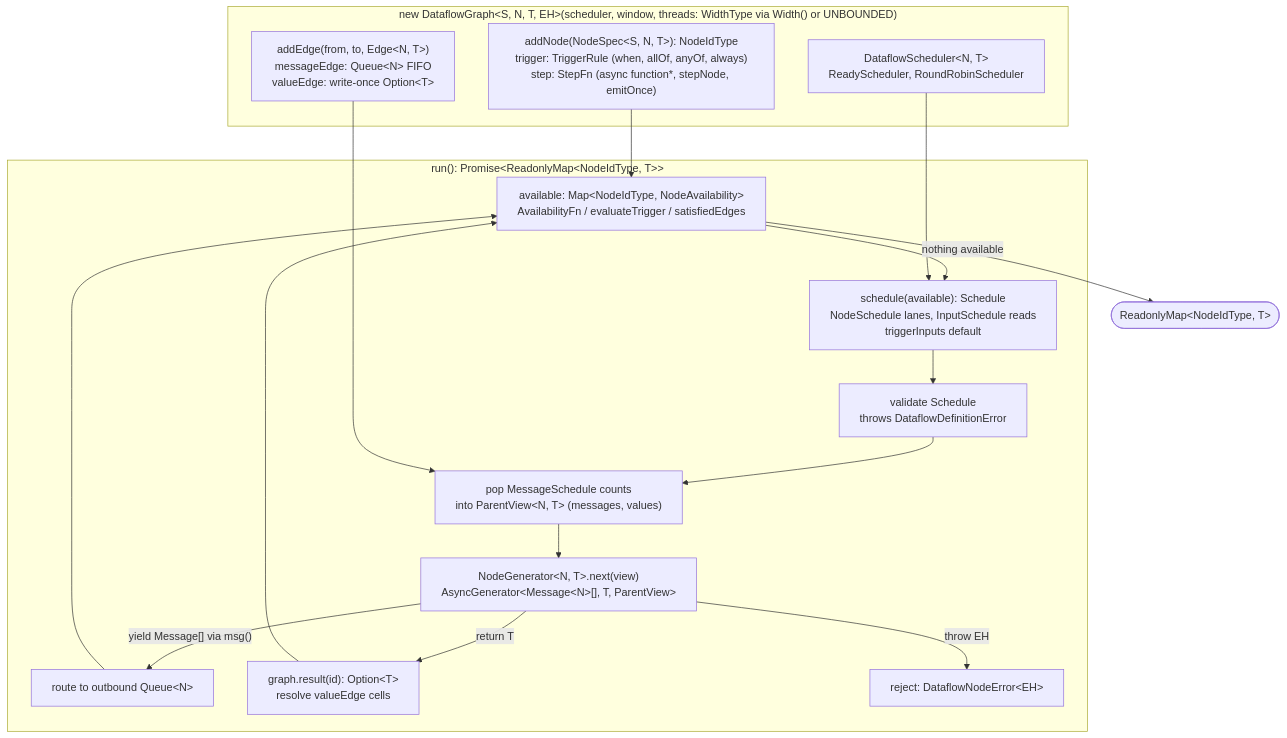
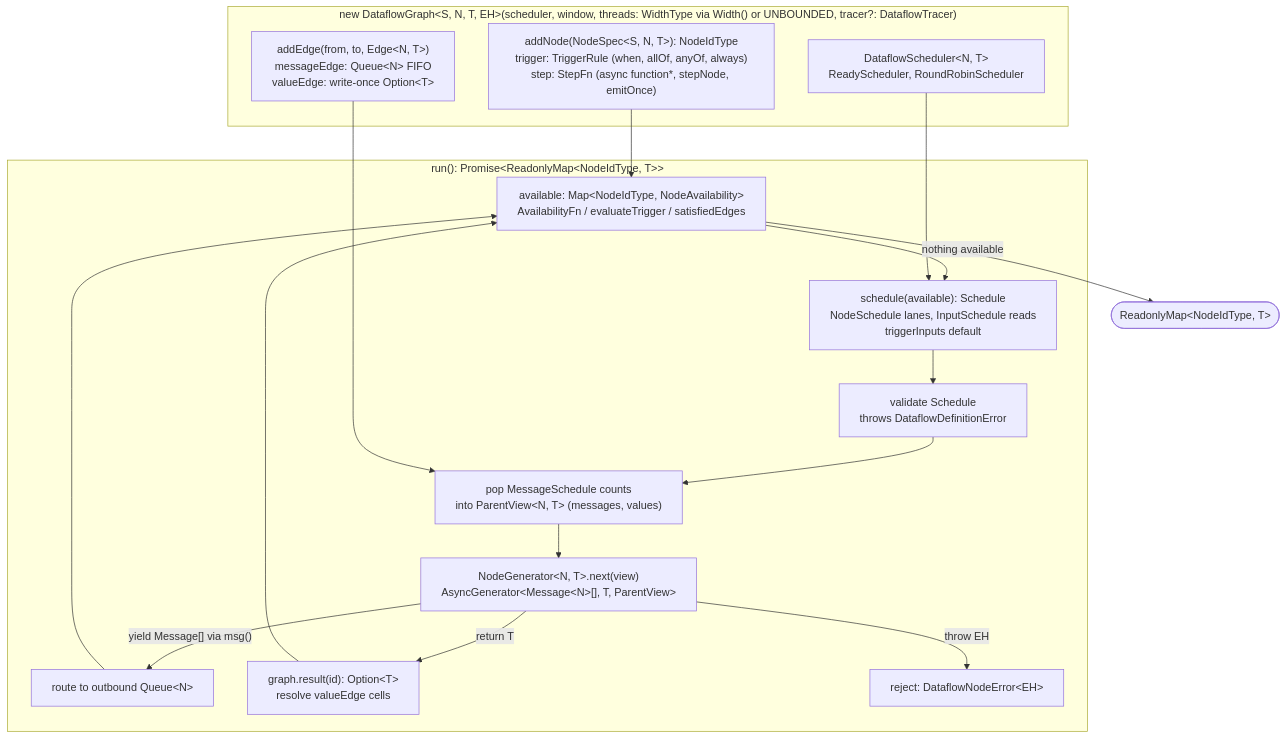
One commit to microsoft/junco changed the diagram in README.md. Above: the diagram before and after it, drawn with Mermaid. The commit also changed other lines of this file and 32 other files, not shown here.

First line of the commit message:
Add optional DataflowTracer with Opik-traced examples

````diff
--- a/README.md
+++ b/README.md
@@ -9,24 +9,24 @@
 ```mermaid
 %%{init: {"flowchart": {"wrappingWidth": 360}}}%%
 flowchart TB
-  subgraph Definition["new DataflowGraph#lt;S, N, T, EH#gt;(scheduler, window, threads: WidthType via Width() or UNBOUNDED)"]
+  subgraph Definition["new DataflowGraph#lt;S, N, T, EH#gt;(scheduler, window, threads: WidthType via Width() or UNBOUNDED, tracer?: DataflowTracer)"]
     N["addNode(NodeSpec#lt;S, N, T#gt;): NodeIdType<br/>trigger: TriggerRule (when, allOf, anyOf, always)<br/>step: StepFn (async function*, stepNode, emitOnce)"]
     E["addEdge(from, to, Edge#lt;N, T#gt;)<br/>messageEdge: Queue#lt;N#gt; FIFO<br/>valueEdge: write-once Option#lt;T#gt;"]
     S["DataflowScheduler#lt;N, T#gt;<br/>ReadyScheduler, RoundRobinScheduler"]
   end
   subgraph Run["run(): Promise#lt;ReadonlyMap#lt;NodeIdType, T#gt;#gt;"]
     A["available: Map#lt;NodeIdType, NodeAvailability#gt;<br/>AvailabilityFn / evaluateTrigger / satisfiedEdges"] --> P["schedule(available): Schedule<br/>NodeSchedule lanes, InputSchedule reads<br/>triggerInputs default"]
     P --> K["validate Schedule<br/>throws DataflowDefinitionError"]
     K --> X["pop MessageSchedule counts<br/>into ParentView#lt;N, T#gt; (messages, values)"]
     X --> G["NodeGenerator#lt;N, T#gt;.next(view)<br/>AsyncGenerator#lt;Message#lt;N#gt;[], T, ParentView#gt;"]
     G -- "yield Message[] via msg()" --> Q["route to outbound Queue#lt;N#gt;"]
     G -- "return T" --> R["graph.result(id): Option#lt;T#gt;<br/>resolve valueEdge cells"]
     G -- "throw EH" --> F["reject: DataflowNodeError#lt;EH#gt;"]
     Q --> A
     R --> A
   end
   N --> A
   E --> X
   S --> P
   A -- "nothing available" --> Z(["ReadonlyMap#lt;NodeIdType, T#gt;"])
 ```
````
